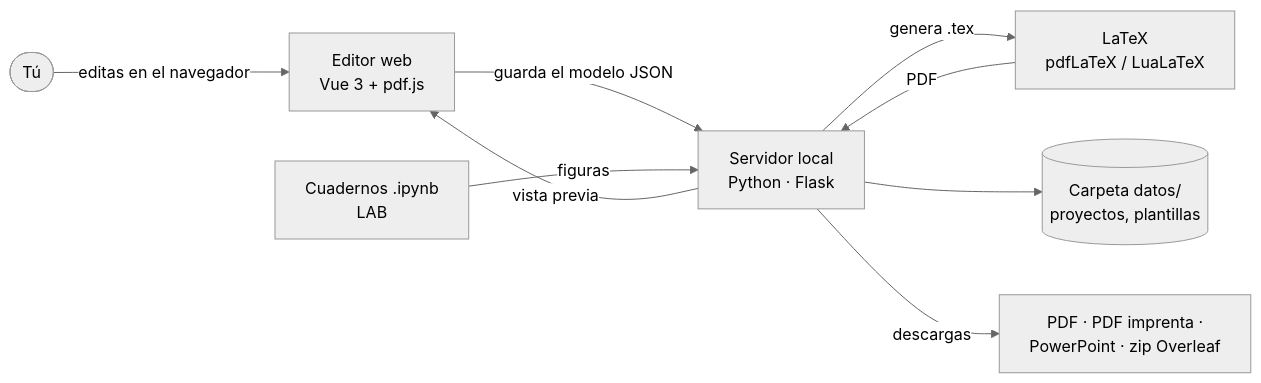
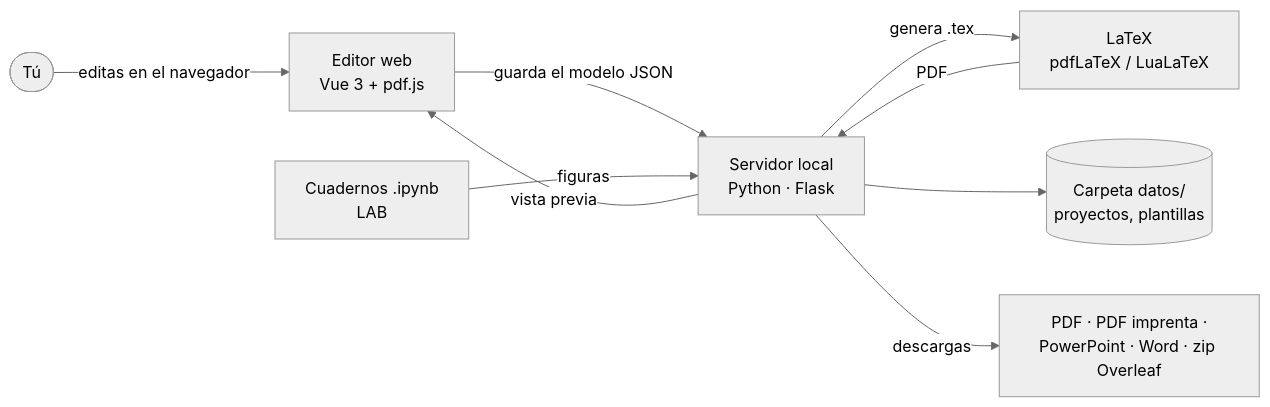
The first of 6 diagrams in LEEME.md (chalpm/docslab), drawn with Mermaid (neutral theme) before and after one commit. The commit also changed other lines of this file and 23 other files, not shown here.

First line of the commit message:
feat: PowerPoint todo editable con animaciones y exportar a Word

````diff
--- a/LEEME.md
+++ b/LEEME.md
@@ -44,11 +44,11 @@
 ```mermaid
 flowchart LR
     U([Tú]) -->|editas en el navegador| E[Editor web<br/>Vue 3 + pdf.js]
     E -->|guarda el modelo JSON| S[Servidor local<br/>Python · Flask]
     S -->|genera .tex| L[LaTeX<br/>pdfLaTeX / LuaLaTeX]
     L -->|PDF| S
     S -->|vista previa| E
     S --> D[(Carpeta datos/<br/>proyectos, plantillas)]
     N[Cuadernos .ipynb<br/>LAB] -->|figuras| S
-    S -->|descargas| O[PDF · PDF imprenta ·<br/>PowerPoint · zip Overleaf]
+    S -->|descargas| O[PDF · PDF imprenta ·<br/>PowerPoint · Word · zip Overleaf]
 ```
````
